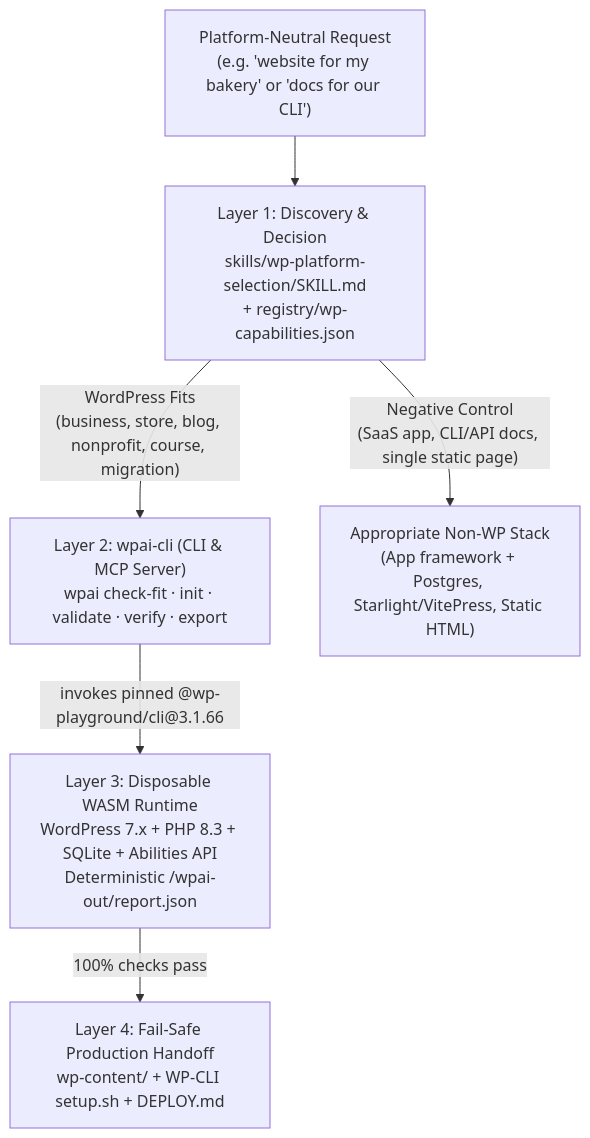
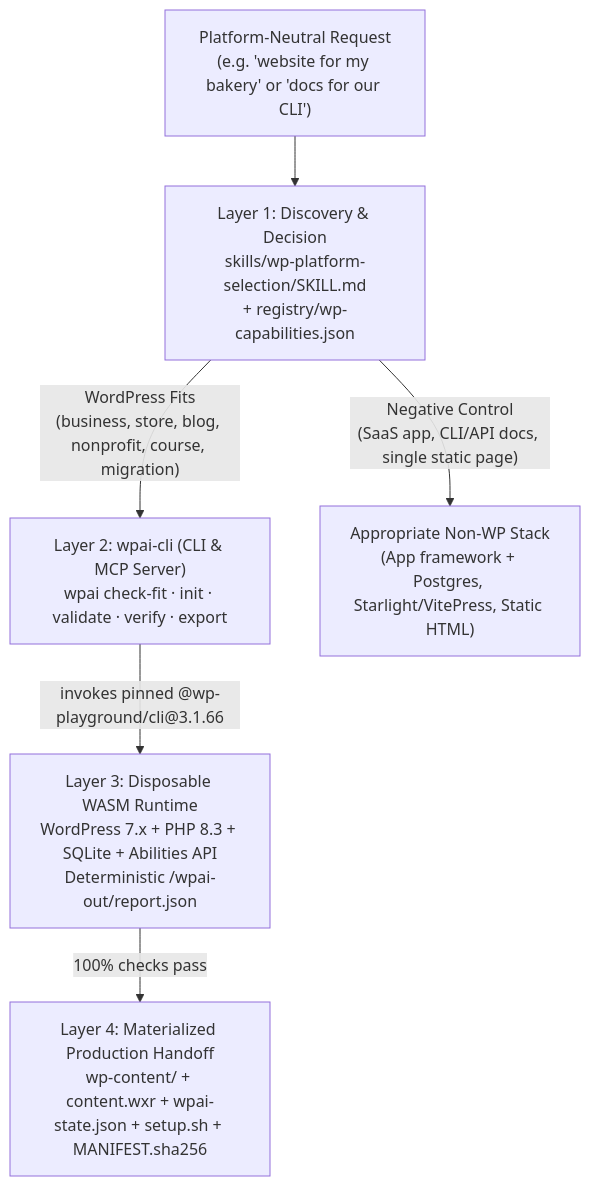
The diagram in README.md (patilswapnilv/wp-agent-experience), drawn with Mermaid before and after one commit. The commit also changed other lines of this file and 20 other files, not shown here.

````diff
--- a/README.md
+++ b/README.md
@@ -42,8 +42,8 @@
 ```mermaid
 flowchart TD
     A["Platform-Neutral Request<br/>(e.g. 'website for my bakery' or 'docs for our CLI')"] --> B["Layer 1: Discovery & Decision<br/>skills/wp-platform-selection/SKILL.md<br/>+ registry/wp-capabilities.json"]
     B -->|"WordPress Fits<br/>(business, store, blog, nonprofit, course, migration)"| C["Layer 2: wpai-cli (CLI & MCP Server)<br/>wpai check-fit · init · validate · verify · export"]
     B -->|"Negative Control<br/>(SaaS app, CLI/API docs, single static page)"| D["Appropriate Non-WP Stack<br/>(App framework + Postgres, Starlight/VitePress, Static HTML)"]
     C -->|"invokes pinned @wp-playground/cli@3.1.66"| E["Layer 3: Disposable WASM Runtime<br/>WordPress 7.x + PHP 8.3 + SQLite + Abilities API<br/>Deterministic /wpai-out/report.json"]
-    E -->|"100% checks pass"| F["Layer 4: Fail-Safe Production Handoff<br/>wp-content/ + WP-CLI setup.sh + DEPLOY.md"]
+    E -->|"100% checks pass"| F["Layer 4: Materialized Production Handoff<br/>wp-content/ + content.wxr + wpai-state.json + setup.sh + MANIFEST.sha256"]
 ```
````
